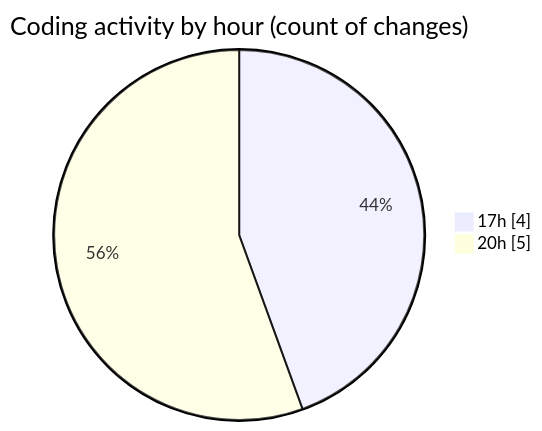
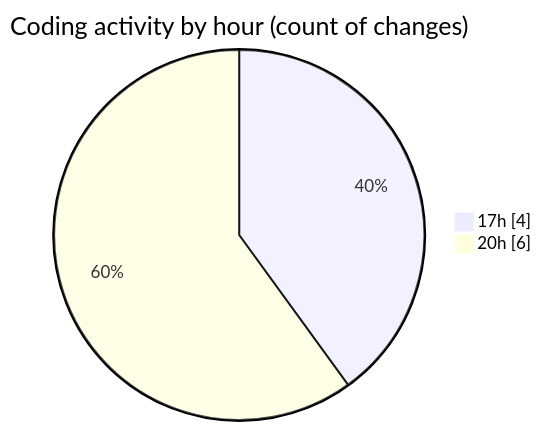
The second of 2 diagrams in 2025-05-16/booking/README.md (idhammustaqopulfikri/code-tracking), drawn with Mermaid before and after one commit. The commit also changed other lines of this file and 1 other file, not shown here.

````diff
--- a/2025-05-16/booking/README.md
+++ b/2025-05-16/booking/README.md
@@ -34,6 +35,6 @@
 ```mermaid
 pie showData
 title Coding activity by hour (count of changes)
 "17h" : 4
-"20h" : 5
+"20h" : 6
 ```
````
